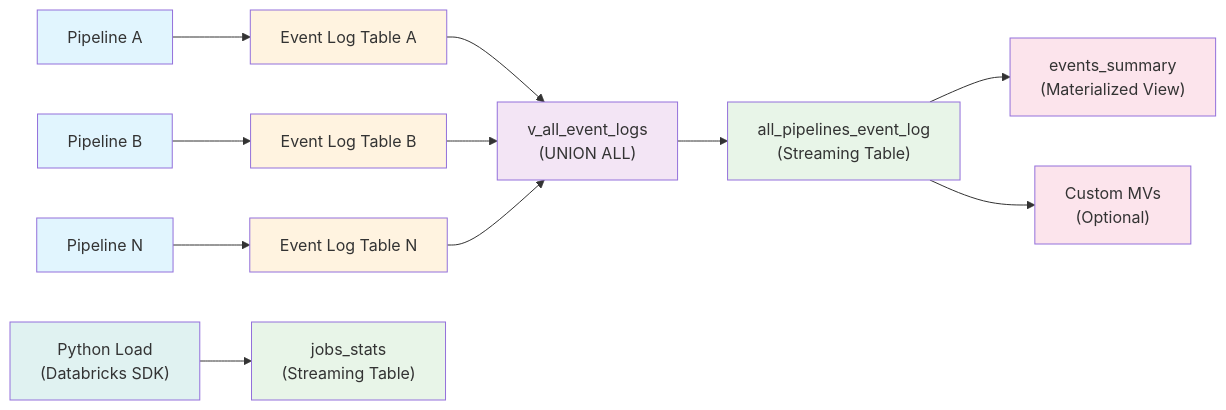
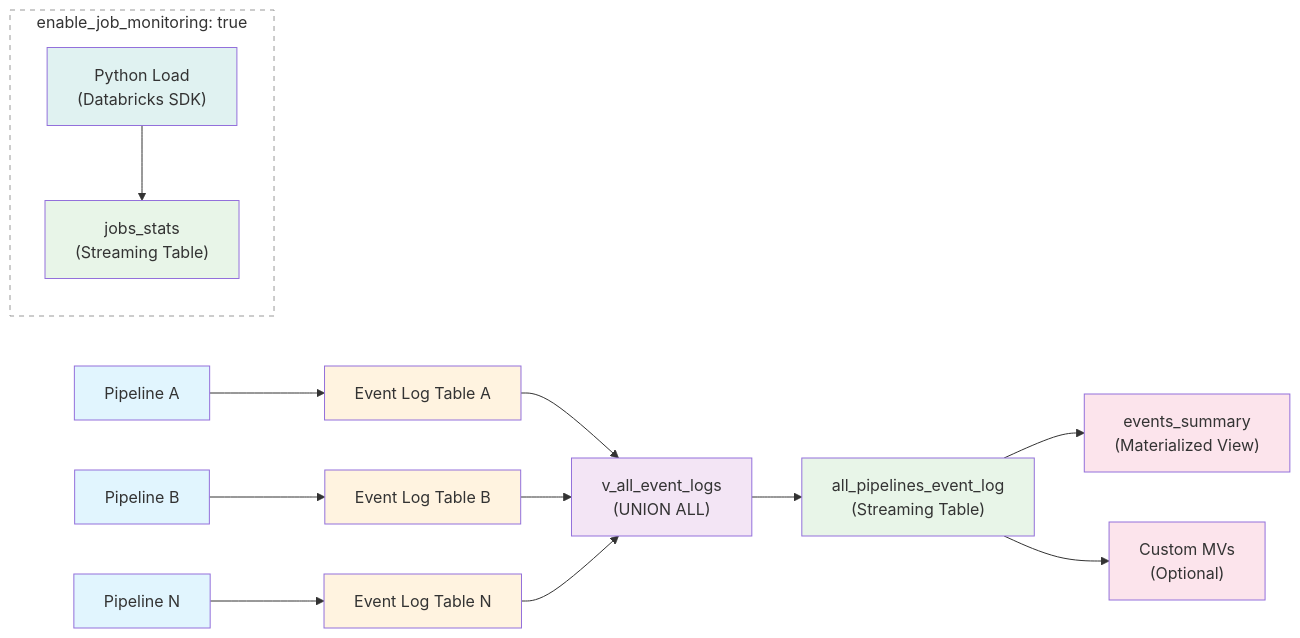
The diagram in docs/monitoring.rst (Mmodarre/Lakehouse_Plumber), drawn with Mermaid before and after one commit. The commit also changed other lines of this file, not shown here.

Commit message:
Enhance monitoring documentation with details on job monitoring and events_summary MV

```diff
--- a/docs/monitoring.rst
+++ b/docs/monitoring.rst
@@ -42,29 +42,32 @@
 .. mermaid::
 
    flowchart LR
        P1["Pipeline A"] --> EL1["Event Log Table A"]
        P2["Pipeline B"] --> EL2["Event Log Table B"]
        P3["Pipeline N"] --> EL3["Event Log Table N"]
 
        EL1 --> UV["v_all_event_logs<br/>(UNION ALL)"]
        EL2 --> UV
        EL3 --> UV
 
        UV --> ST["all_pipelines_event_log<br/>(Streaming Table)"]
        ST --> MV1["events_summary<br/>(Materialized View)"]
        ST --> MV2["Custom MVs<br/>(Optional)"]
 
-       PL["Python Load<br/>(Databricks SDK)"] --> JS["jobs_stats<br/>(Streaming Table)"]
+       subgraph opt ["enable_job_monitoring: true"]
+           PL["Python Load<br/>(Databricks SDK)"] --> JS["jobs_stats<br/>(Streaming Table)"]
+       end
 
        style P1 fill:#e1f5fe
        style P2 fill:#e1f5fe
        style P3 fill:#e1f5fe
        style EL1 fill:#fff3e0
        style EL2 fill:#fff3e0
        style EL3 fill:#fff3e0
        style UV fill:#f3e5f5
        style ST fill:#e8f5e8
        style MV1 fill:#fce4ec
        style MV2 fill:#fce4ec
        style PL fill:#e0f2f1
        style JS fill:#e8f5e8
+       style opt fill:none,stroke:#999,stroke-dasharray: 5 5
```
